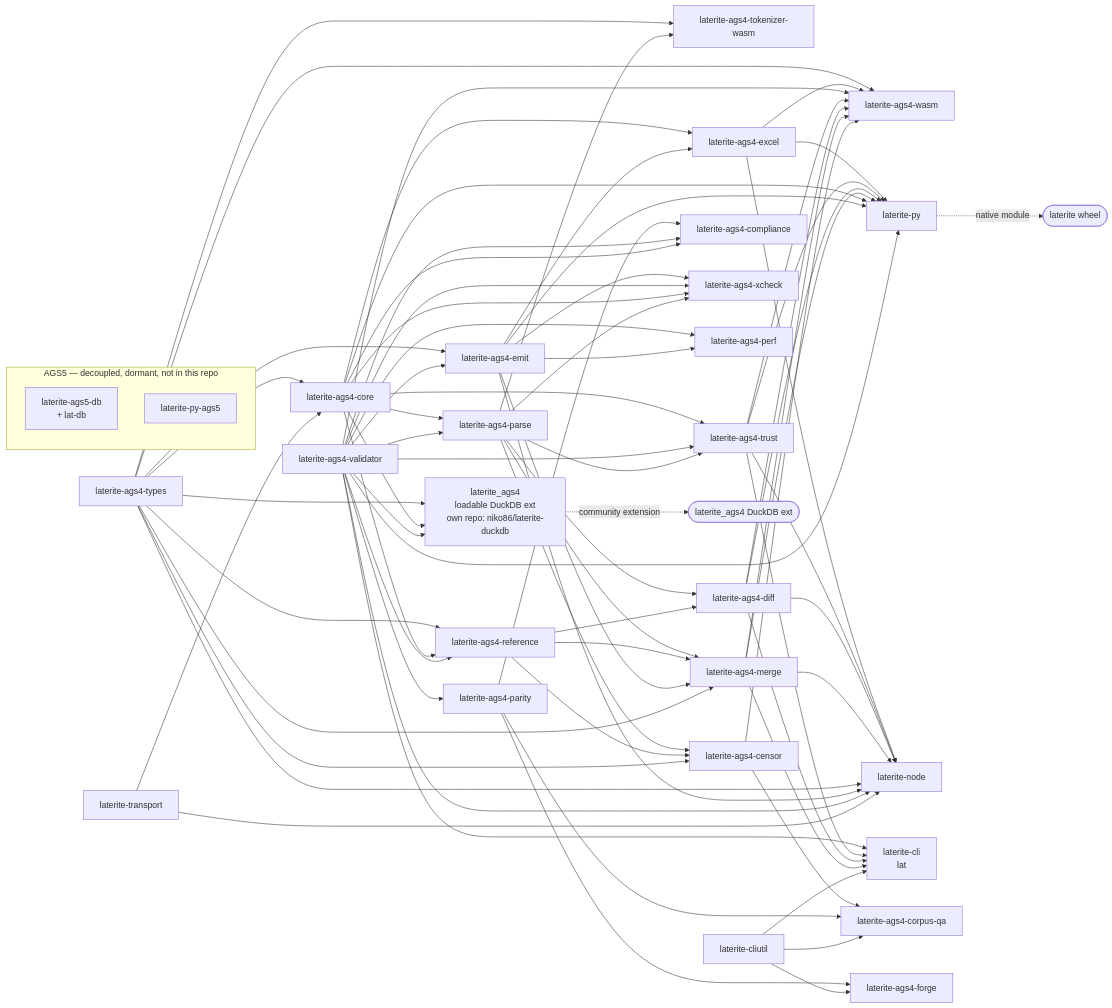
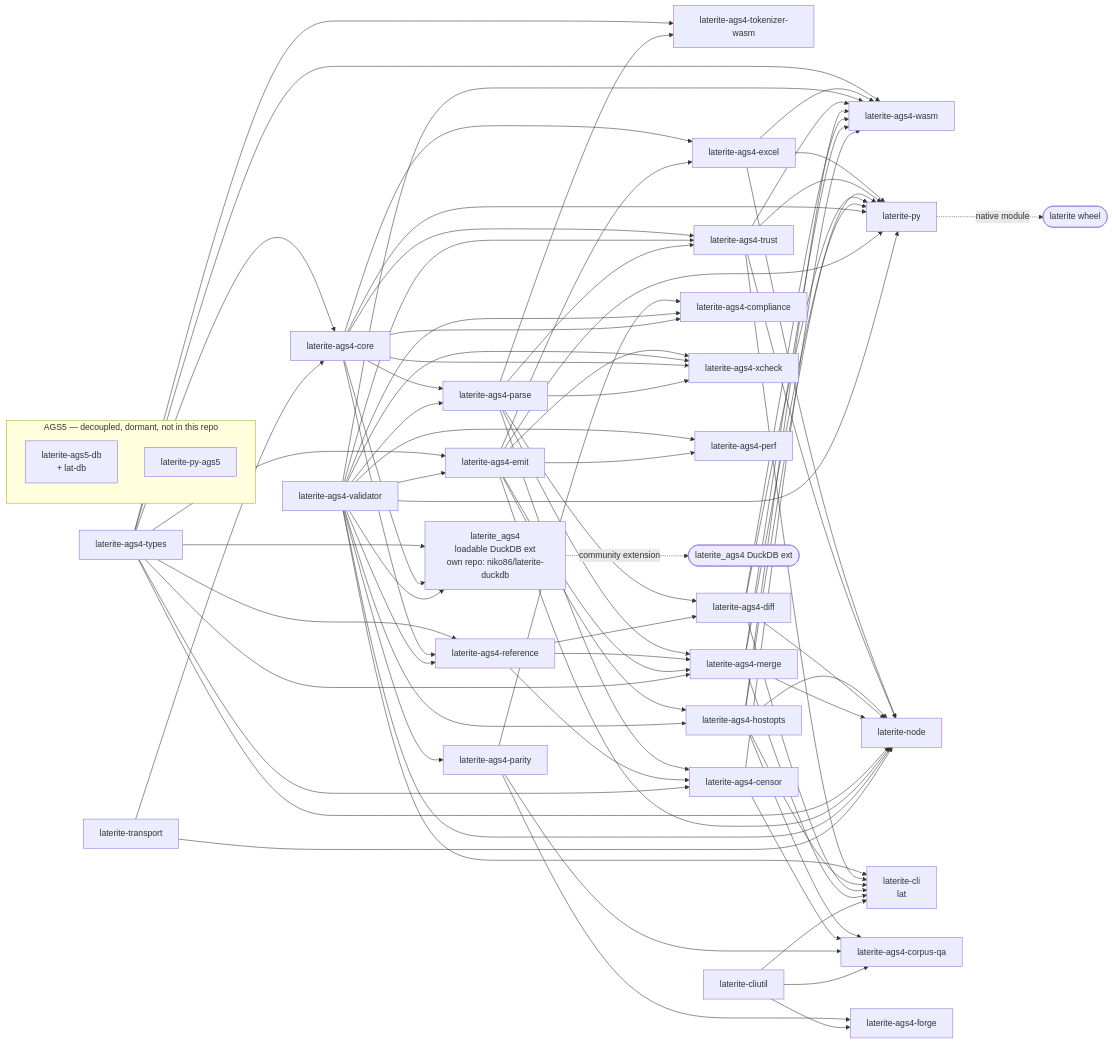
One commit to niko86/laterite changed the diagram in ags-wiki/concepts/crate-map.md. Above: the diagram before and after it, drawn with Mermaid. The commit also changed other lines of this file and 38 other files, not shown here.

Commit message:
refactor: extract hostopts into laterite-ags4-hostopts (#947) (#948)

```diff
--- a/ags-wiki/concepts/crate-map.md
+++ b/ags-wiki/concepts/crate-map.md
@@ -407,6 +416,13 @@
   trust --> latpy
   trust --> latnode
   trust --> wasm
+  emit --> hostopts[laterite-ags4-hostopts]
+  validator --> hostopts
+  hostopts --> check
+  hostopts --> latpy
+  hostopts --> latnode
+  hostopts --> wasm
+  hostopts --> corpusqa
   parse --> diff[laterite-ags4-diff]
   reference --> diff
   diff --> check
```
